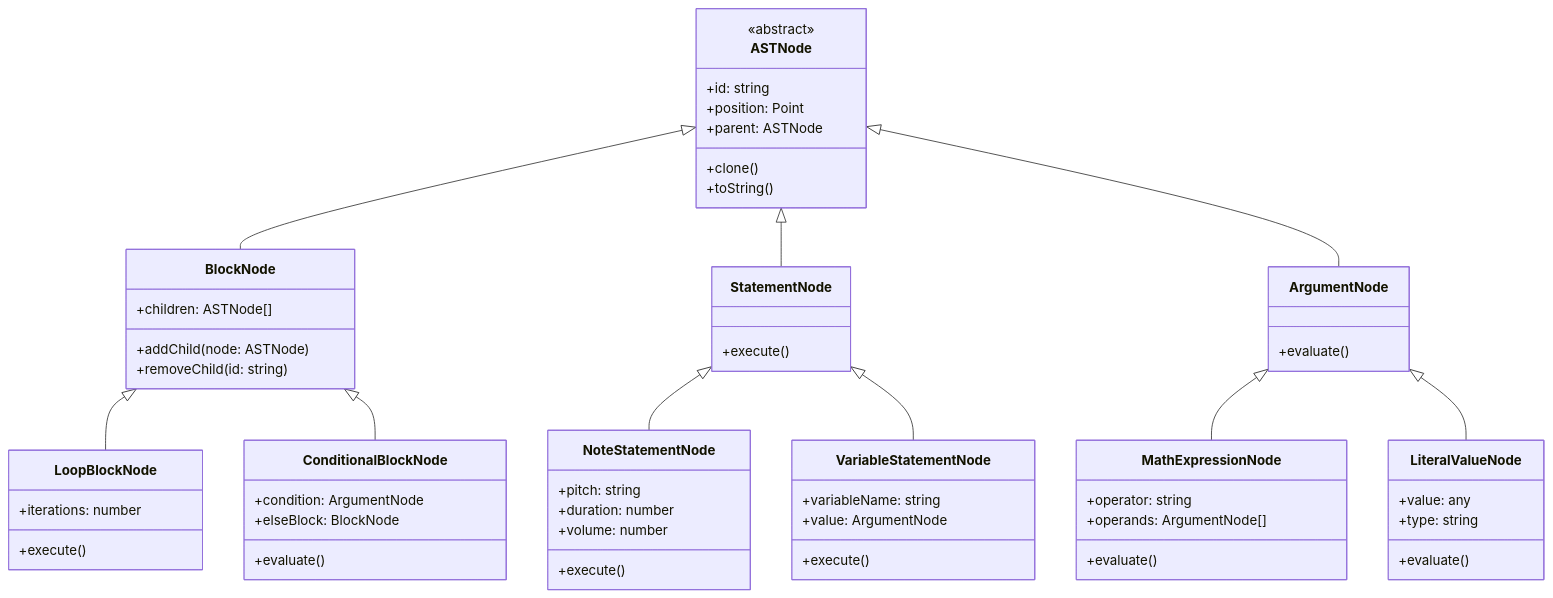
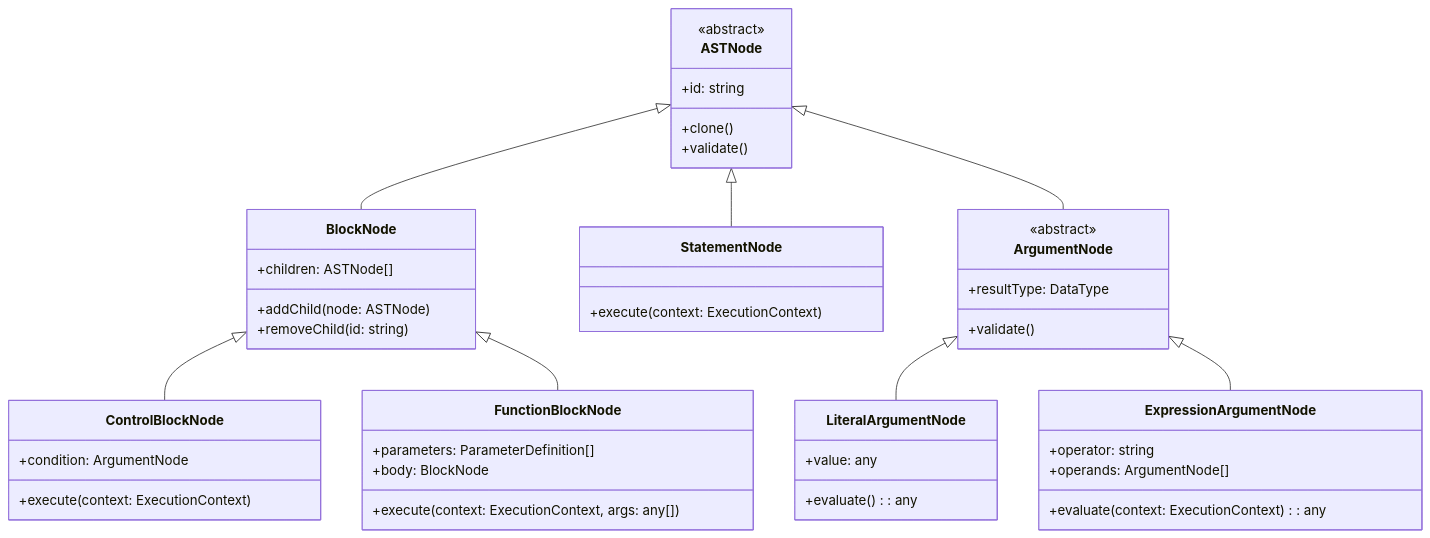
The first of 18 diagrams in Diagrams.md (sa-fw-an/GSoC-Proposal), drawn with Mermaid before and after one commit. The commit also changed other lines of this file, not shown here.

Commit message:
Updated Diagrams

````diff
--- a/Diagrams.md
+++ b/Diagrams.md
@@ -4,74 +3,57 @@
 ```mermaid
 classDiagram
     class ASTNode {
         <<abstract>>
         +id: string
-        +position: Point
-        +parent: ASTNode
         +clone()
-        +toString()
+        +validate()
     }
     
     class BlockNode {
         +children: ASTNode[]
         +addChild(node: ASTNode)
         +removeChild(id: string)
     }
     
     class StatementNode {
-        +execute()
+        +execute(context: ExecutionContext)
     }
     
     class ArgumentNode {
-        +evaluate()
+        <<abstract>>
+        +resultType: DataType
+        +validate()
     }
     
-    class LoopBlockNode {
-        +iterations: number
-        +execute()
+    class LiteralArgumentNode {
+        +value: any
+        +evaluate(): any
     }
     
-    class ConditionalBlockNode {
-        +condition: ArgumentNode
-        +elseBlock: BlockNode
-        +evaluate()
+    class ExpressionArgumentNode {
+        +operator: string
+        +operands: ArgumentNode[]
+        +evaluate(context: ExecutionContext): any
     }
     
-    class NoteStatementNode {
-        +pitch: string
-        +duration: number
-        +volume: number
-        +execute()
+    class ControlBlockNode {
+        +condition: ArgumentNode
+        +execute(context: ExecutionContext)
     }
     
-    class VariableStatementNode {
-        +variableName: string
-        +value: ArgumentNode
-        +execute()
-    }
-    
-    class MathExpressionNode {
-        +operator: string
-        +operands: ArgumentNode[]
-        +evaluate()
-    }
-    
-    class LiteralValueNode {
-        +value: any
-        +type: string
-        +evaluate()
+    class FunctionBlockNode {
+        +parameters: ParameterDefinition[]
+        +body: BlockNode
+        +execute(context: ExecutionContext, args: any[])
     }
     
     ASTNode <|-- BlockNode
     ASTNode <|-- StatementNode
     ASTNode <|-- ArgumentNode
     
-    BlockNode <|-- LoopBlockNode
-    BlockNode <|-- ConditionalBlockNode
+    ArgumentNode <|-- LiteralArgumentNode
+    ArgumentNode <|-- ExpressionArgumentNode
     
-    StatementNode <|-- NoteStatementNode
-    StatementNode <|-- VariableStatementNode
-    
-    ArgumentNode <|-- MathExpressionNode
-    ArgumentNode <|-- LiteralValueNode
+    BlockNode <|-- ControlBlockNode
+    BlockNode <|-- FunctionBlockNode
 ```
````
